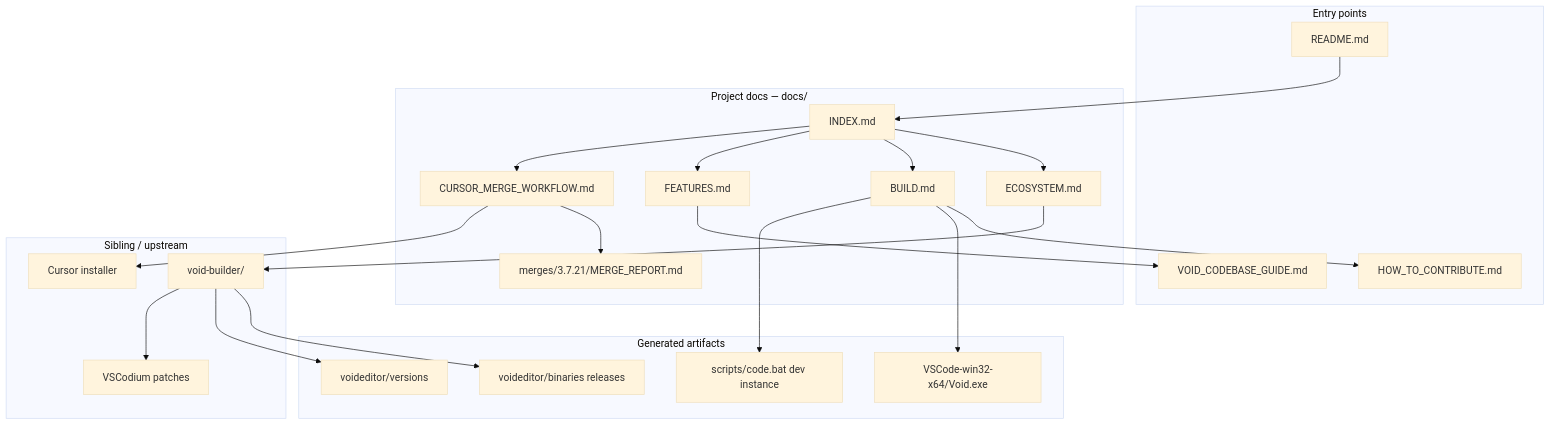
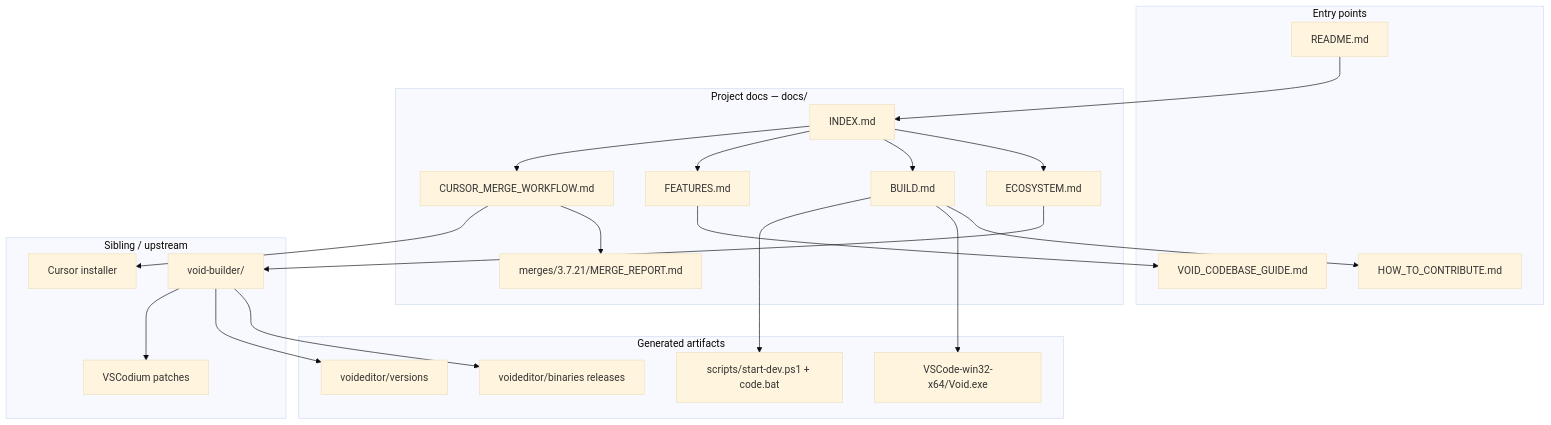
One commit to agnisadhak01/void changed the first of 2 diagrams in docs/INDEX.md. Above: the diagram before and after it, drawn with Mermaid (base theme). The commit also changed other lines of this file and 5 other files, not shown here.

Commit message:
Enhance documentation for developer mode by clarifying the use of `scripts/start-dev.ps1` for launching and watching the Void application. Update references in README, BUILD, and CURSOR_MERGE_WORKFLOW files to reflect new command structure and improve clarity on development processes.

````diff
--- a/docs/INDEX.md
+++ b/docs/INDEX.md
@@ -7,46 +7,46 @@
 ```mermaid
 graph TB
   subgraph entry["Entry points"]
     README[README.md]
     VOID_GUIDE[VOID_CODEBASE_GUIDE.md]
     CONTRIBUTE[HOW_TO_CONTRIBUTE.md]
   end
 
   subgraph project_docs["Project docs — docs/"]
     INDEX[INDEX.md]
     ECOSYSTEM[ECOSYSTEM.md]
     BUILD[BUILD.md]
     FEATURES[FEATURES.md]
     MERGE_WF[CURSOR_MERGE_WORKFLOW.md]
     MERGE_RPT[merges/3.7.21/MERGE_REPORT.md]
   end
 
   subgraph external["Sibling / upstream"]
     VOID_BUILDER[void-builder/]
     VSCODIUM[VSCodium patches]
     CURSOR[Cursor installer]
   end
 
   subgraph artifacts["Generated artifacts"]
-    DEV_VOID[scripts/code.bat dev instance]
+    DEV_VOID[scripts/start-dev.ps1 + code.bat]
     LOCAL_EXE[VSCode-win32-x64/Void.exe]
     CI_RELEASE[voideditor/binaries releases]
     VERSIONS[voideditor/versions]
   end
 
   README --> INDEX
   INDEX --> ECOSYSTEM
   INDEX --> BUILD
   INDEX --> FEATURES
   INDEX --> MERGE_WF
   MERGE_WF --> MERGE_RPT
   FEATURES --> VOID_GUIDE
   BUILD --> CONTRIBUTE
   ECOSYSTEM --> VOID_BUILDER
   VOID_BUILDER --> CI_RELEASE
   VOID_BUILDER --> VERSIONS
   BUILD --> LOCAL_EXE
   BUILD --> DEV_VOID
   MERGE_WF --> CURSOR
   VOID_BUILDER --> VSCODIUM
 ```
````
